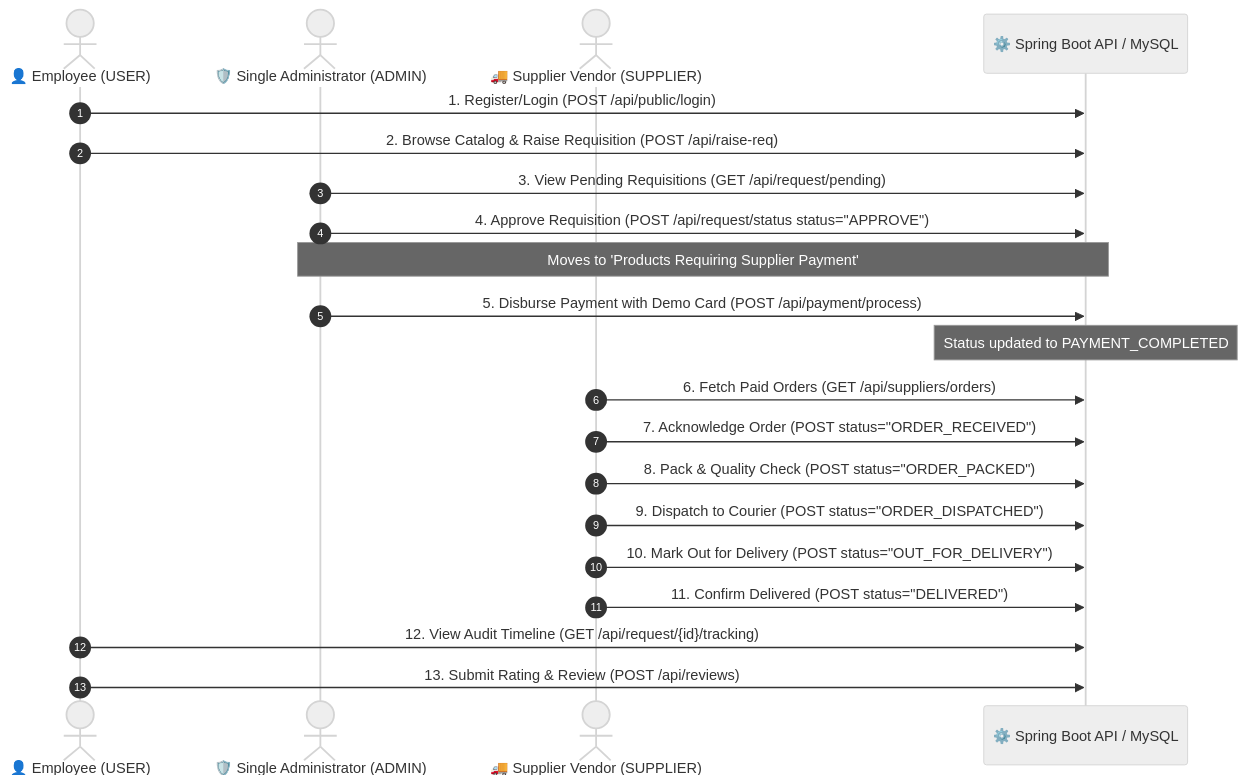
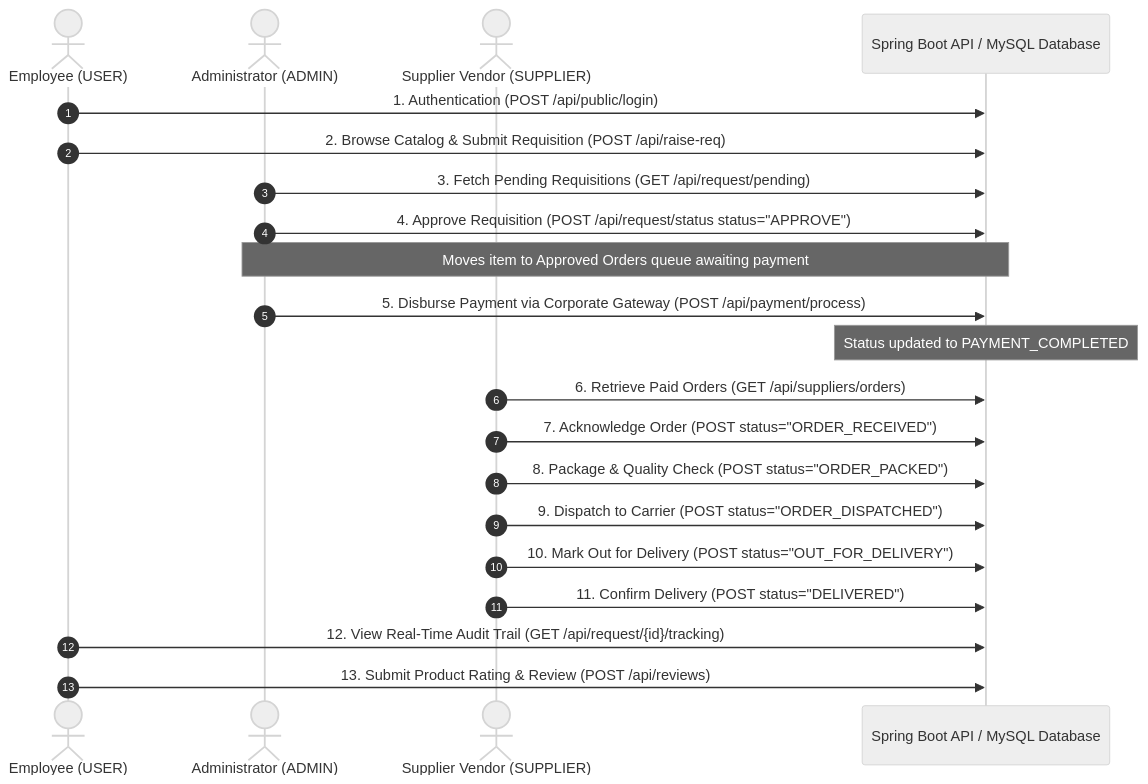
The second of 2 diagrams in README.md (Sujeeth-Varma/Smart-Procurement-Platform), drawn with Mermaid (neutral theme) before and after one commit. The commit also changed other lines of this file, not shown here.

Commit message:
docs: update README with architecture diagrams

````diff
--- a/README.md
+++ b/README.md
@@ -9,24 +73,24 @@
 ```mermaid
 sequenceDiagram
     autonumber
-    actor Employee as 👤 Employee (USER)
-    actor Admin as 🛡️ Single Administrator (ADMIN)
-    actor Supplier as 🚚 Supplier Vendor (SUPPLIER)
-    participant Backend as ⚙️ Spring Boot API / MySQL
+    actor Employee as Employee (USER)
+    actor Admin as Administrator (ADMIN)
+    actor Supplier as Supplier Vendor (SUPPLIER)
+    participant Backend as Spring Boot API / MySQL Database
 
-    Employee->>Backend: 1. Register/Login (POST /api/public/login)
-    Employee->>Backend: 2. Browse Catalog & Raise Requisition (POST /api/raise-req)
-    Admin->>Backend: 3. View Pending Requisitions (GET /api/request/pending)
+    Employee->>Backend: 1. Authentication (POST /api/public/login)
+    Employee->>Backend: 2. Browse Catalog & Submit Requisition (POST /api/raise-req)
+    Admin->>Backend: 3. Fetch Pending Requisitions (GET /api/request/pending)
     Admin->>Backend: 4. Approve Requisition (POST /api/request/status status="APPROVE")
-    Note over Admin,Backend: Moves to 'Products Requiring Supplier Payment'
-    Admin->>Backend: 5. Disburse Payment with Demo Card (POST /api/payment/process)
+    Note over Admin,Backend: Moves item to Approved Orders queue awaiting payment
+    Admin->>Backend: 5. Disburse Payment via Corporate Gateway (POST /api/payment/process)
     Note over Backend: Status updated to PAYMENT_COMPLETED
-    Supplier->>Backend: 6. Fetch Paid Orders (GET /api/suppliers/orders)
+    Supplier->>Backend: 6. Retrieve Paid Orders (GET /api/suppliers/orders)
     Supplier->>Backend: 7. Acknowledge Order (POST status="ORDER_RECEIVED")
-    Supplier->>Backend: 8. Pack & Quality Check (POST status="ORDER_PACKED")
-    Supplier->>Backend: 9. Dispatch to Courier (POST status="ORDER_DISPATCHED")
+    Supplier->>Backend: 8. Package & Quality Check (POST status="ORDER_PACKED")
+    Supplier->>Backend: 9. Dispatch to Carrier (POST status="ORDER_DISPATCHED")
     Supplier->>Backend: 10. Mark Out for Delivery (POST status="OUT_FOR_DELIVERY")
-    Supplier->>Backend: 11. Confirm Delivered (POST status="DELIVERED")
-    Employee->>Backend: 12. View Audit Timeline (GET /api/request/{id}/tracking)
-    Employee->>Backend: 13. Submit Rating & Review (POST /api/reviews)
+    Supplier->>Backend: 11. Confirm Delivery (POST status="DELIVERED")
+    Employee->>Backend: 12. View Real-Time Audit Trail (GET /api/request/{id}/tracking)
+    Employee->>Backend: 13. Submit Product Rating & Review (POST /api/reviews)
 ```
````
